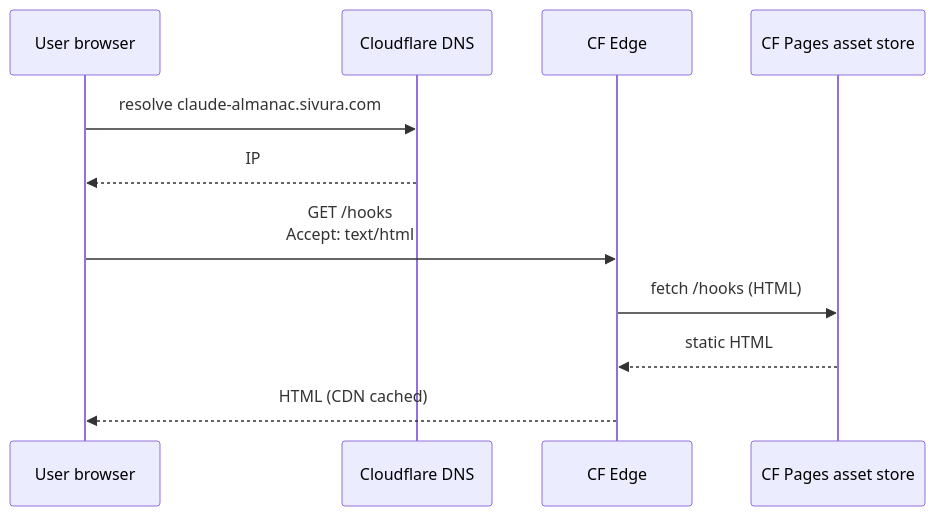
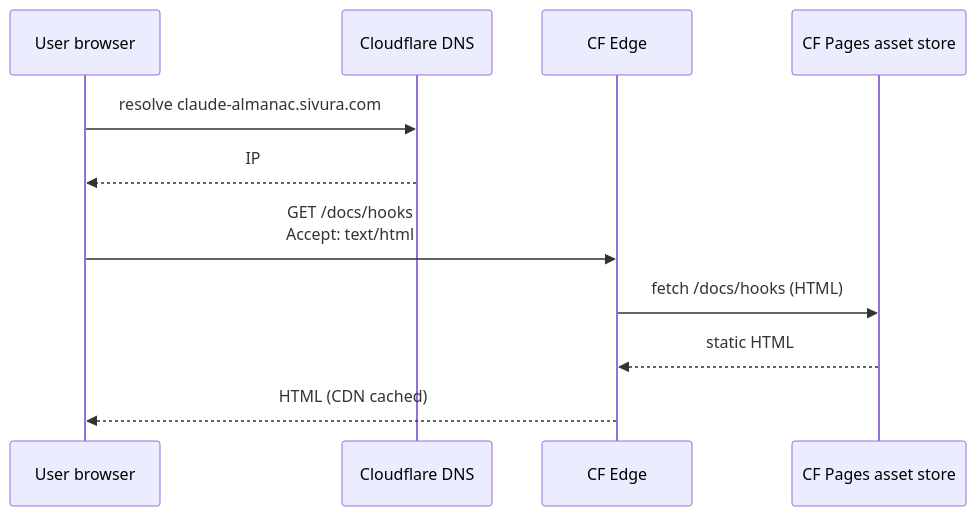
One commit to asivura/claude-almanac changed the fifth of 11 diagrams in site-planning/site-architecture.md. Above: the diagram before and after it, drawn with Mermaid. The commit also changed other lines of this file, not shown here.

First line of the commit message:
docs: prefix all sample URLs with /docs/ in architecture spec

````diff
--- a/site-planning/site-architecture.md
+++ b/site-planning/site-architecture.md
@@ -149,14 +149,14 @@
 ```mermaid
 sequenceDiagram
     participant U as User browser
     participant DNS as Cloudflare DNS
     participant Edge as CF Edge
     participant Pages as CF Pages asset store
 
     U->>DNS: resolve claude-almanac.sivura.com
     DNS-->>U: IP
-    U->>Edge: GET /hooks<br/>Accept: text/html
-    Edge->>Pages: fetch /hooks (HTML)
+    U->>Edge: GET /docs/hooks<br/>Accept: text/html
+    Edge->>Pages: fetch /docs/hooks (HTML)
     Pages-->>Edge: static HTML
     Edge-->>U: HTML (CDN cached)
 ```
````
